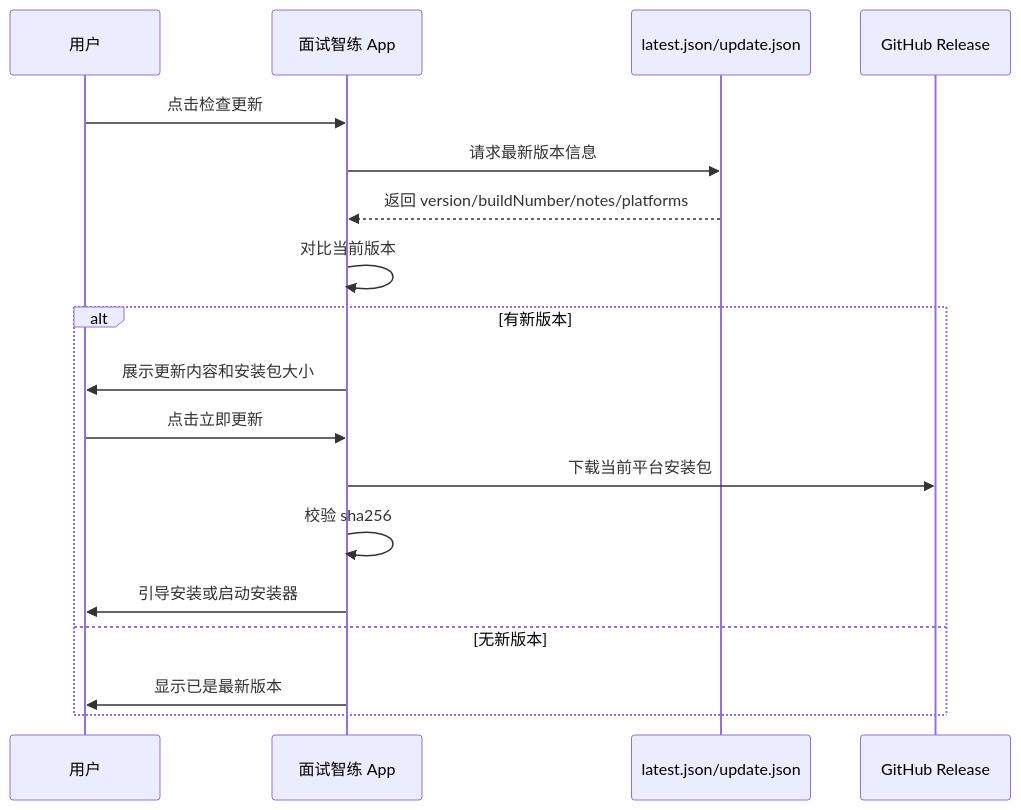
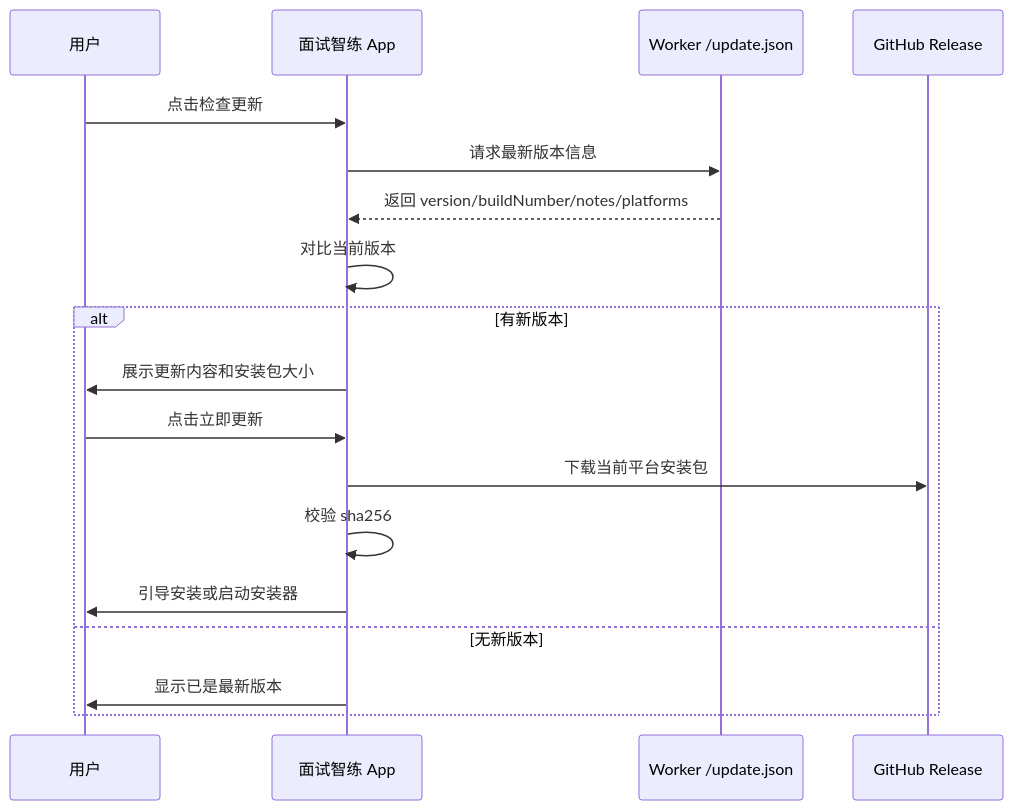
The sixth of 8 diagrams in docs/design.md (nontracey/mianshi-zhilian-app), drawn with Mermaid before and after one commit. The commit also changed other lines of this file and 4 other files, not shown here.

````diff
--- a/docs/design.md
+++ b/docs/design.md
@@ -577,21 +577,21 @@
 ```mermaid
 sequenceDiagram
   participant U as 用户
   participant APP as 面试智练 App
-  participant UPDATE as latest.json/update.json
+  participant UPDATE as Worker /update.json
   participant GH as GitHub Release
 
   U->>APP: 点击检查更新
   APP->>UPDATE: 请求最新版本信息
   UPDATE-->>APP: 返回 version/buildNumber/notes/platforms
   APP->>APP: 对比当前版本
   alt 有新版本
     APP->>U: 展示更新内容和安装包大小
     U->>APP: 点击立即更新
     APP->>GH: 下载当前平台安装包
     APP->>APP: 校验 sha256
     APP->>U: 引导安装或启动安装器
   else 无新版本
     APP->>U: 显示已是最新版本
   end
 ```
````
